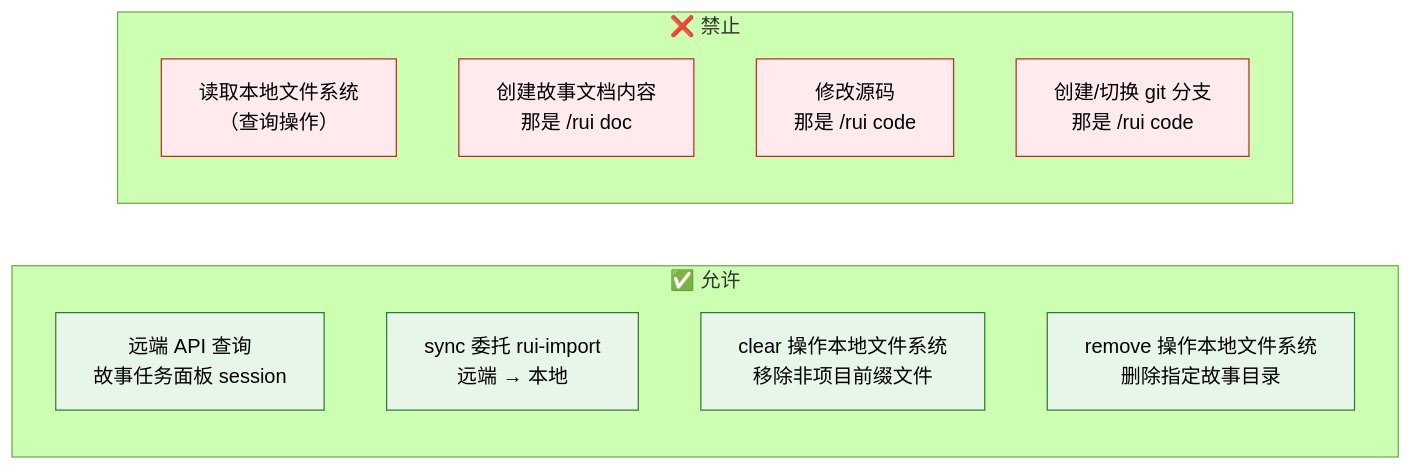
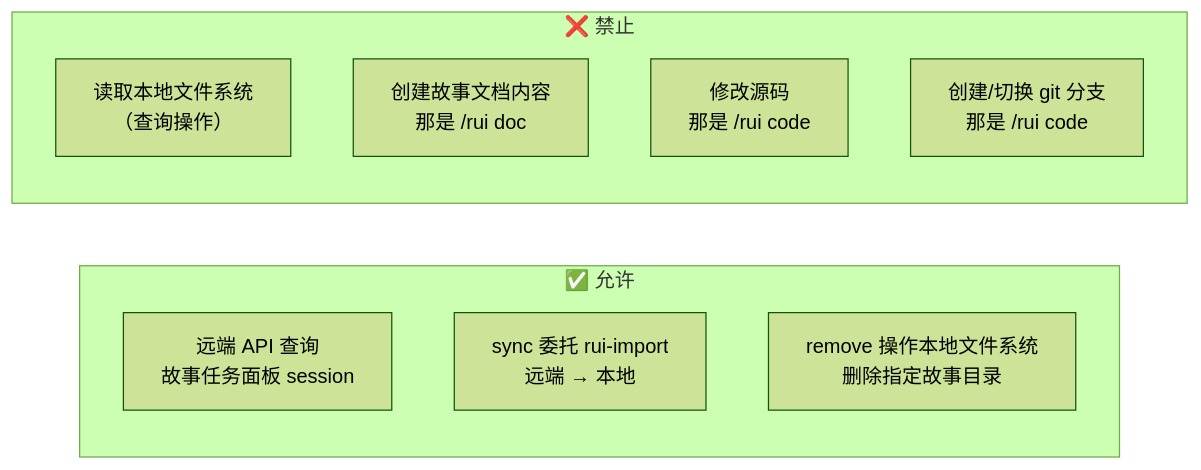
The third of 12 diagrams in skills/rui-story/SKILL.md (effiy/YrY), drawn with Mermaid (forest theme) before and after one commit. The commit also changed other lines of this file and 61 other files, not shown here.

````diff
--- a/skills/rui-story/SKILL.md
+++ b/skills/rui-story/SKILL.md
@@ -102,18 +79,15 @@
 ```mermaid
 flowchart LR
     subgraph 允许["✅ 允许"]
         A1["远端 API 查询<br/>故事任务面板 session"]:::ok
         A2["sync 委托 rui-import<br/>远端 → 本地"]:::ok
-        A3["clear 操作本地文件系统<br/>移除非项目前缀文件"]:::ok
-        A4["remove 操作本地文件系统<br/>删除指定故事目录"]:::ok
+        A3["remove 操作本地文件系统<br/>删除指定故事目录"]:::ok
     end
     subgraph 禁止["❌ 禁止"]
         B1["读取本地文件系统<br/>（查询操作）"]:::bad
         B2["创建故事文档内容<br/>那是 /rui doc"]:::bad
         B3["修改源码<br/>那是 /rui code"]:::bad
         B4["创建/切换 git 分支<br/>那是 /rui code"]:::bad
     end
 
-    classDef ok fill:#e8f5e9,stroke:#2e7d32;
-    classDef bad fill:#ffebee,stroke:#c62828;
 ```
````
